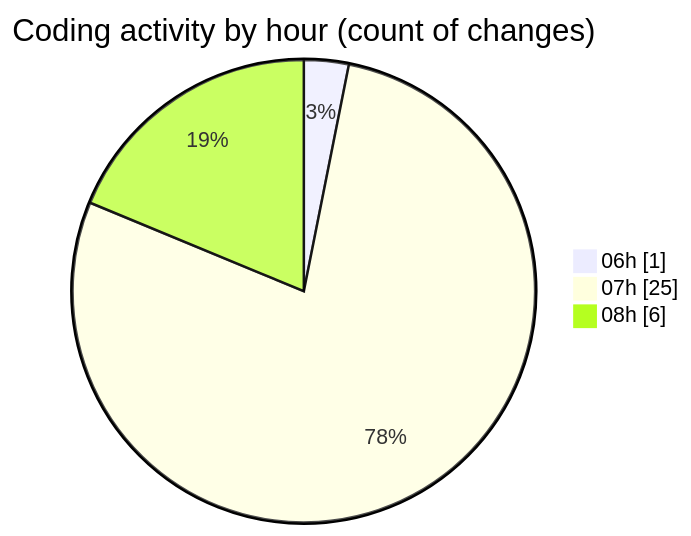
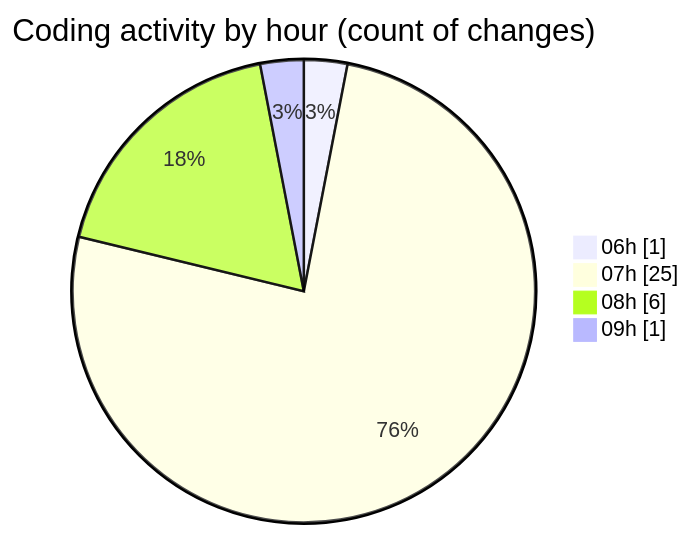
The second of 2 diagrams in 2025-04-10/zeytoon/README.md (vahidmafi/code-tracking), drawn with Mermaid before and after one commit. The commit also changed other lines of this file and 1 other file, not shown here.

````diff
--- a/2025-04-10/zeytoon/README.md
+++ b/2025-04-10/zeytoon/README.md
@@ -39,7 +39,8 @@
 ```mermaid
 pie showData
 title Coding activity by hour (count of changes)
 "06h" : 1
 "07h" : 25
 "08h" : 6
+"09h" : 1
 ```
````
